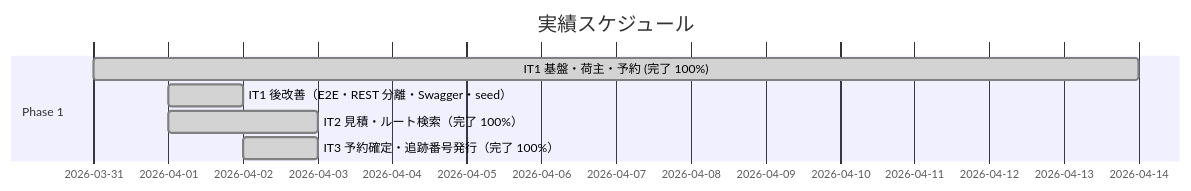
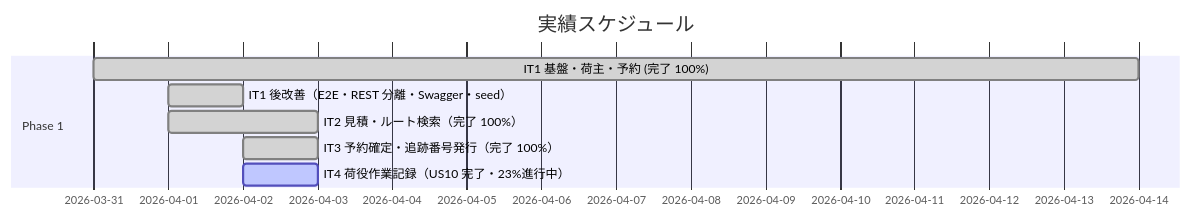
One commit to k2works/case-study-cargo-tracker changed the second of 3 diagrams in docs/development/release_plan.md. Above: the diagram before and after it, drawn with Mermaid. The commit also changed other lines of this file and 1 other file, not shown here.

First line of the commit message:
docs(it4): IT4 進捗ドキュメントを更新する（US10 完了・23%進行中）

````diff
--- a/docs/development/release_plan.md
+++ b/docs/development/release_plan.md
@@ -162,11 +162,12 @@
 ```mermaid
 gantt
     title 実績スケジュール
     dateFormat  YYYY-MM-DD
     section Phase 1
     IT1 基盤・荷主・予約 (完了 100%)   :done, it1a, 2026-03-31, 14d
     IT1 後改善（E2E・REST 分離・Swagger・seed） :done, it1b, 2026-04-01, 1d
     IT2 見積・ルート検索（完了 100%）            :done, it2a, 2026-04-01, 2d
     IT3 予約確定・追跡番号発行（完了 100%）      :done, it3a, 2026-04-02, 1d
+    IT4 荷役作業記録（US10 完了・23%進行中）      :active, it4a, 2026-04-02, 1d
     section Phase 2
 ```
````
